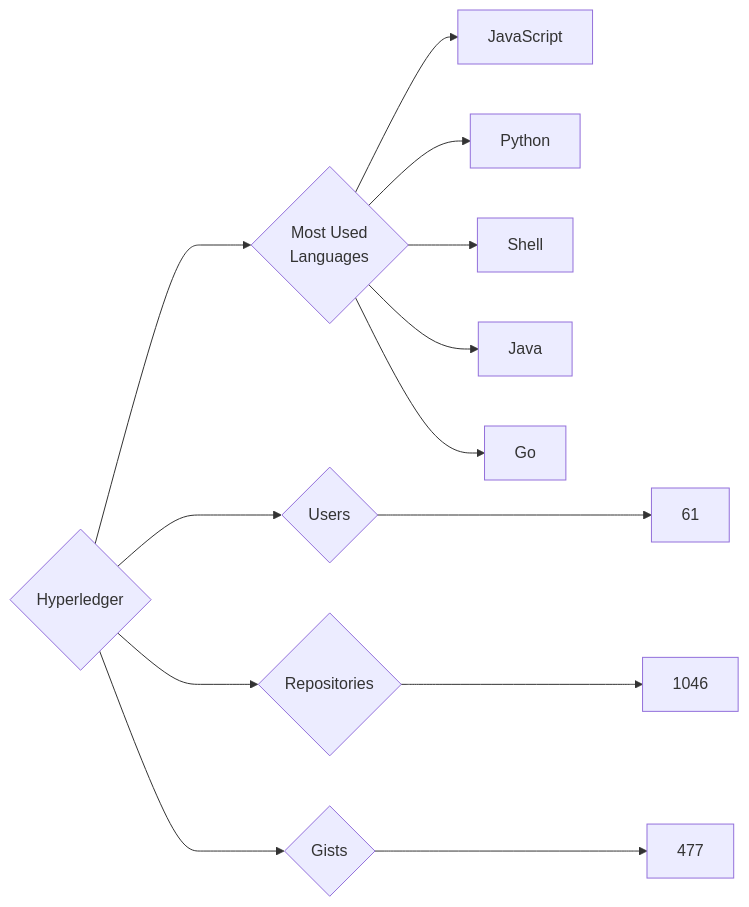
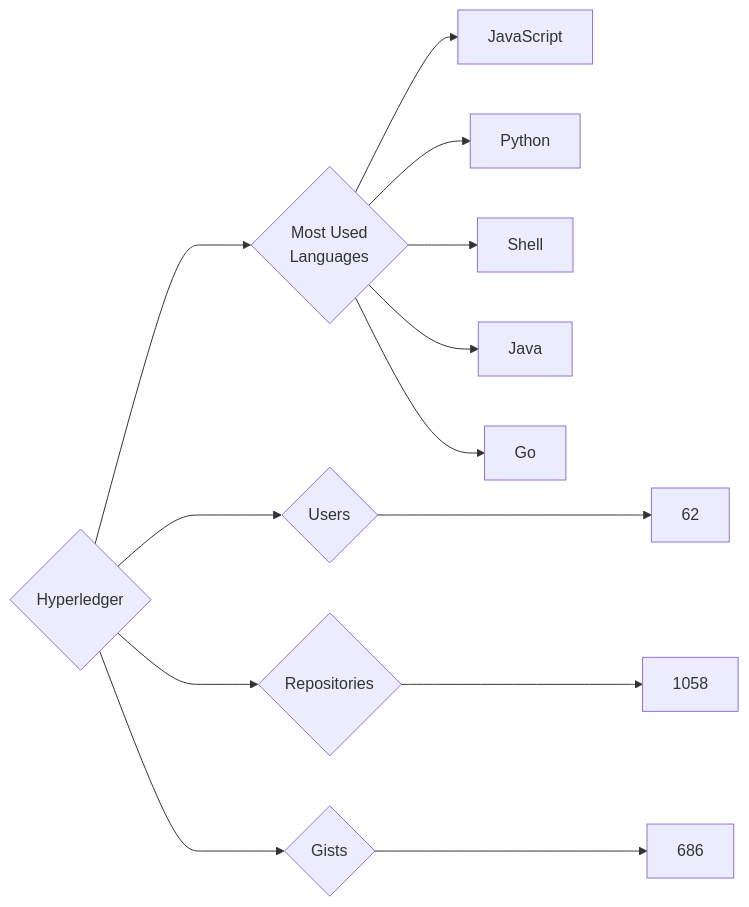
Before and after one commit to trickest/insiders: the diagram in targets/Hyperledger/README.md, drawn with Mermaid. The commit also changed 440 other files, not shown here.

````diff
--- a/targets/Hyperledger/README.md
+++ b/targets/Hyperledger/README.md
@@ -3,13 +3,13 @@
 ```mermaid
 graph LR
 COMPANY_NAME{Hyperledger}
-COMPANY_NAME ---> U{Users} ---> UN[61]
-COMPANY_NAME ---> R{Repositories} ---> RN[1046]
-COMPANY_NAME ---> G{Gists} ---> GN[477]
+COMPANY_NAME ---> U{Users} ---> UN[62]
+COMPANY_NAME ---> R{Repositories} ---> RN[1058]
+COMPANY_NAME ---> G{Gists} ---> GN[686]
 COMPANY_NAME ---> ML{Most Used<br>Languages}
 ML --> JavaScript[JavaScript]
 ML --> Python[Python]
 ML --> Shell[Shell]
 ML --> Java[Java]
 ML --> Go[Go]
 ```
````
